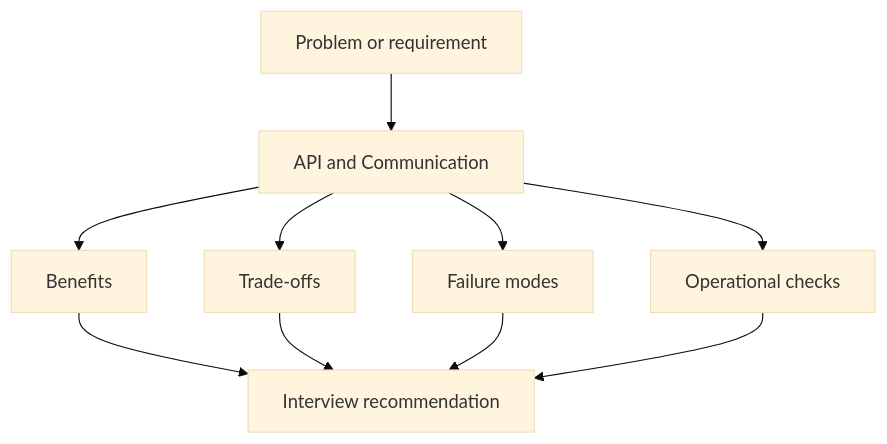
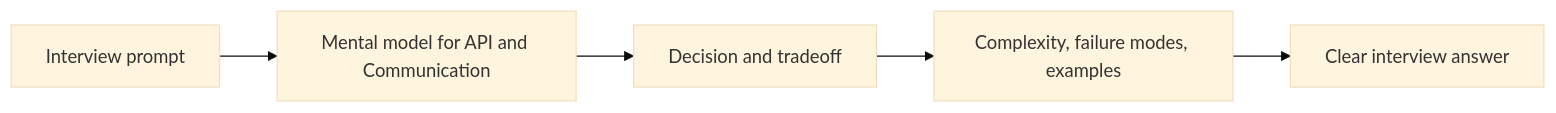
One commit to abstractinterviews/abstractinterviews.github.io changed the diagram in components/api-and-communication/index.md. Above: the diagram before and after it, drawn with Mermaid (base theme). The commit also changed other lines of this file and 278 other files, not shown here.

````diff
--- a/components/api-and-communication/index.md
+++ b/components/api-and-communication/index.md
@@ -161,12 +153,7 @@
-~~~mermaid
-flowchart TD
-    Problem["Problem or requirement"] --> Concept["API and Communication"]
-    Concept --> Benefits["Benefits"]
-    Concept --> Tradeoffs["Trade-offs"]
-    Concept --> FailureModes["Failure modes"]
-    Concept --> Operations["Operational checks"]
-    Benefits --> Decision["Interview recommendation"]
-    Tradeoffs --> Decision
-    FailureModes --> Decision
-    Operations --> Decision
-~~~
+```mermaid
+flowchart LR
+    Problem["Interview prompt"] --> Model["Mental model for API and Communication"]
+    Model --> Choice["Decision and tradeoff"]
+    Choice --> Evidence["Complexity, failure modes, examples"]
+    Evidence --> Answer["Clear interview answer"]
+```
````
